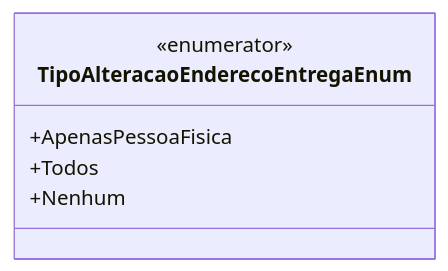
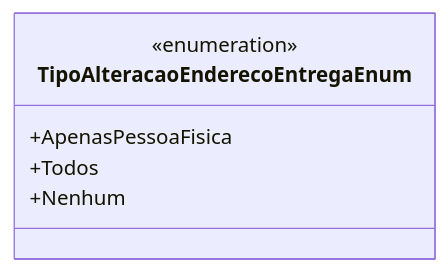
One commit to IsthmusSistemas/documentacao-tecnica changed the diagram in docs/b2b-dominio/IsthmusWinthor.Nucleo/IsthmusWinthor.Dominio/Enumeradores/TipoAlteracaoEnderecoEntregaEnum.md. Above: the diagram before and after it, drawn with Mermaid. The commit also changed other lines of this file and 882 other files, not shown here.

````diff
--- a/docs/b2b-dominio/IsthmusWinthor.Nucleo/IsthmusWinthor.Dominio/Enumeradores/TipoAlteracaoEnderecoEntregaEnum.md
+++ b/docs/b2b-dominio/IsthmusWinthor.Nucleo/IsthmusWinthor.Dominio/Enumeradores/TipoAlteracaoEnderecoEntregaEnum.md
@@ -17,9 +12,9 @@
 ```mermaid
 classDiagram
     class TipoAlteracaoEnderecoEntregaEnum {
-        <<enumerator>>
+        <<enumeration>>
         +ApenasPessoaFisica
         +Todos
         +Nenhum
     }
 ```
````
